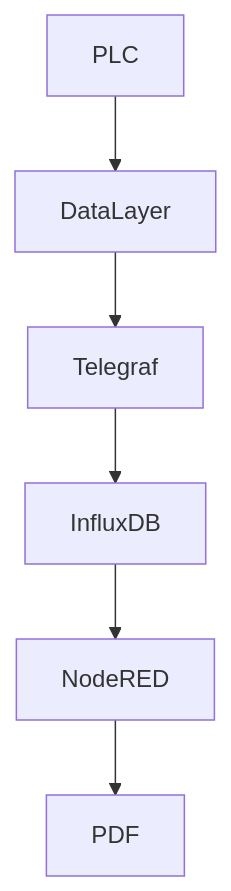
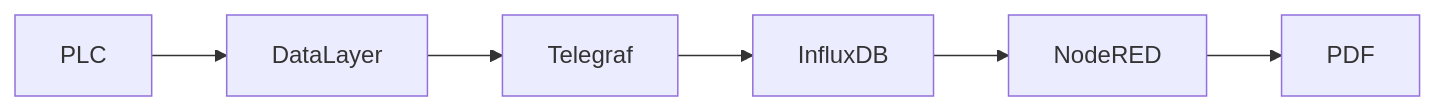
The diagram in report-generator/README.md (oki-aryawan/ctrlx-automation), drawn with Mermaid before and after one commit.

````diff
--- a/report-generator/README.md
+++ b/report-generator/README.md
@@ -3,5 +3,4 @@
 ```mermaid
-graph TD;
-    PLC-->DataLayer --> Telegraf --> InfluxDB;
-    InfluxDB --> NodeRED --> PDF;
+graph LR;
+    PLC-->DataLayer --> Telegraf --> InfluxDB --> NodeRED --> PDF;
 ```
````
